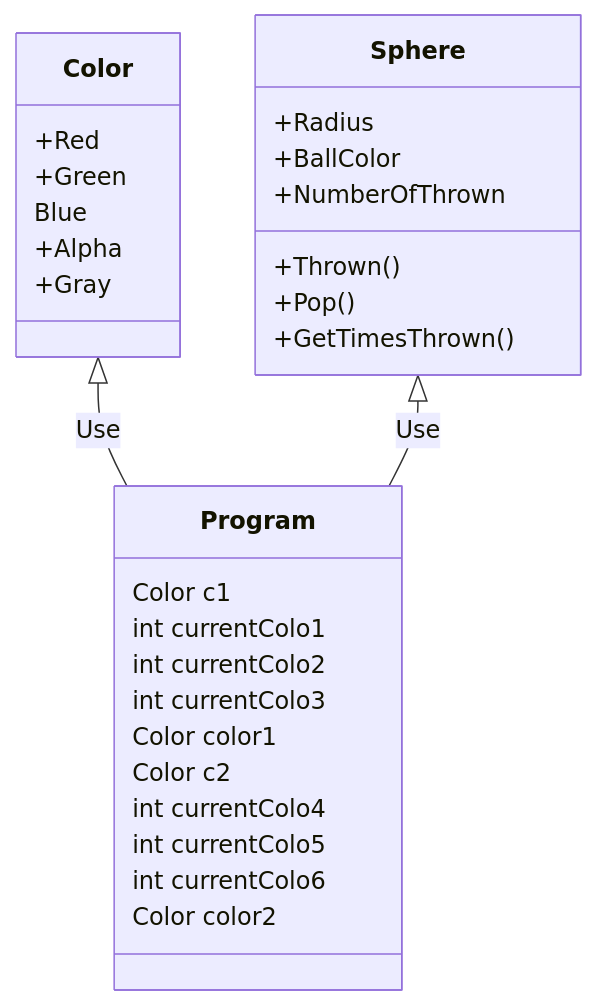
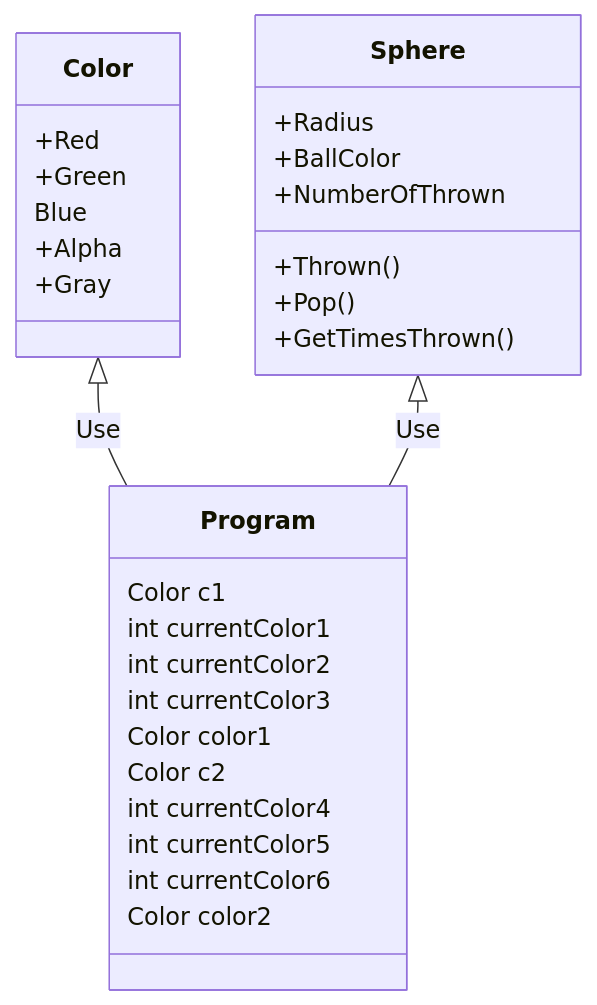
The diagram in README.md (FabioRibeiro404/LP1Semana06), drawn with Mermaid before and after one commit.

````diff
--- a/README.md
+++ b/README.md
@@ -3,32 +3,32 @@
 ```mermaid
  classDiagram
 Color <|-- Program : Use
 Sphere <|-- Program : Use
 
 Program : Color c1
-Program : int currentColo1
-Program : int currentColo2
-Program : int currentColo3
+Program : int currentColor1
+Program : int currentColor2
+Program : int currentColor3
 Program : Color color1
 Program : Color c2
-Program : int currentColo4
-Program : int currentColo5
-Program : int currentColo6
+Program : int currentColor4
+Program : int currentColor5
+Program : int currentColor6
 Program : Color color2
 
 Color : +Red
 Color : +Green
 Color : Blue
 Color : +Alpha
 Color : +Gray
 
 Sphere : +Radius
 Sphere : +BallColor
 Sphere : +NumberOfThrown
 Sphere : +Thrown()
 Sphere : +Pop()
 Sphere : +GetTimesThrown()
 
 
 
 ```
````
